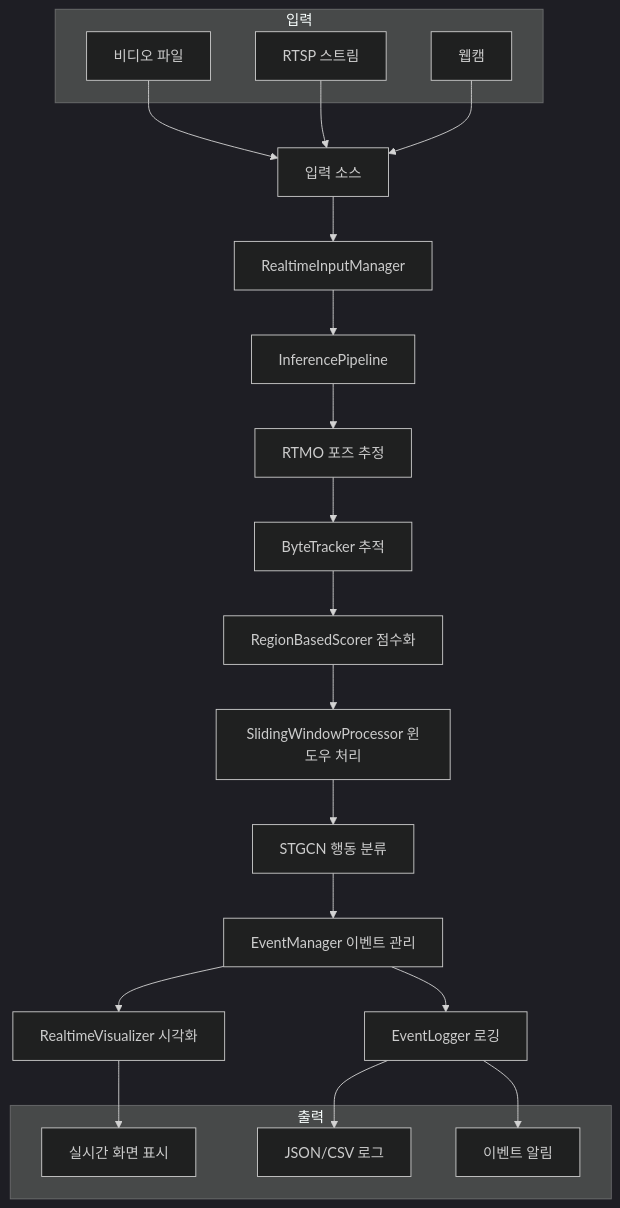
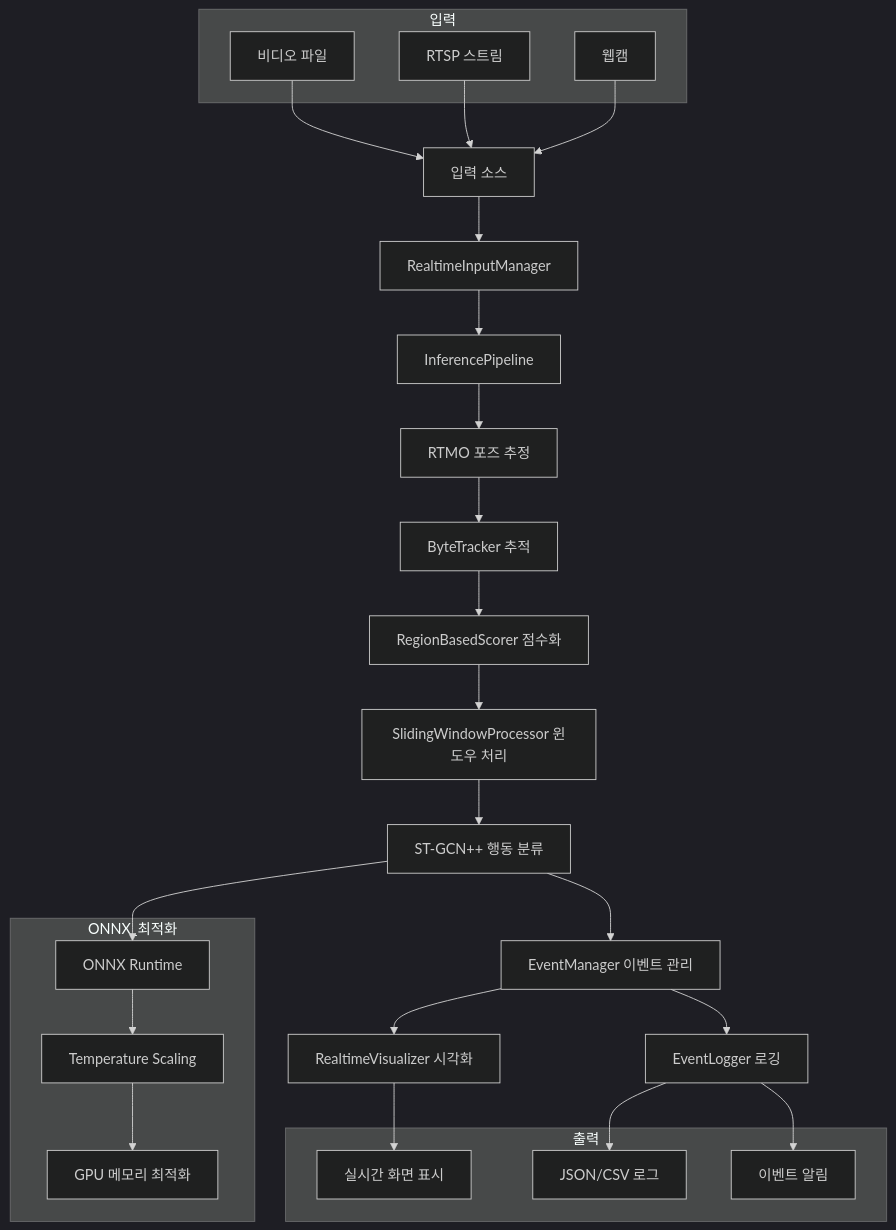
The first of 2 diagrams in recognizer/docs/REALTIME_INFERENCE_ARCHITECTURE.md (mars71003219/ar), drawn with Mermaid (dark theme) before and after one commit. The commit also changed other lines of this file and 6 other files, not shown here.

````diff
--- a/recognizer/docs/REALTIME_INFERENCE_ARCHITECTURE.md
+++ b/recognizer/docs/REALTIME_INFERENCE_ARCHITECTURE.md
@@ -45,33 +52,43 @@
 ```mermaid
 graph TD
     A[입력 소스] --> B[RealtimeInputManager]
     B --> C[InferencePipeline]
     C --> D[RTMO 포즈 추정]
     D --> E[ByteTracker 추적]
     E --> F[RegionBasedScorer 점수화]
     F --> G[SlidingWindowProcessor 윈도우 처리]
-    G --> H[STGCN 행동 분류]
+    G --> H[ST-GCN++ 행동 분류]
     H --> I[EventManager 이벤트 관리]
     I --> J[RealtimeVisualizer 시각화]
     I --> K[EventLogger 로깅]
   
     subgraph 입력
         A1[비디오 파일]
         A2[RTSP 스트림]
         A3[웹캠]
     end
   
     subgraph 출력
         J1[실시간 화면 표시]
         K1[JSON/CSV 로그]
         K2[이벤트 알림]
     end
   
     A1 --> A
     A2 --> A
     A3 --> A
   
     J --> J1
     K --> K1
     K --> K2
+
+    subgraph ONNX_최적화
+        H1[ONNX Runtime]
+        H2[Temperature Scaling]
+        H3[GPU 메모리 최적화]
+    end
+    
+    H --> H1
+    H1 --> H2
+    H2 --> H3
 ```
````
